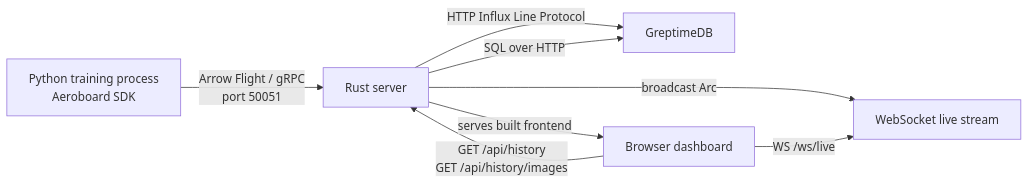
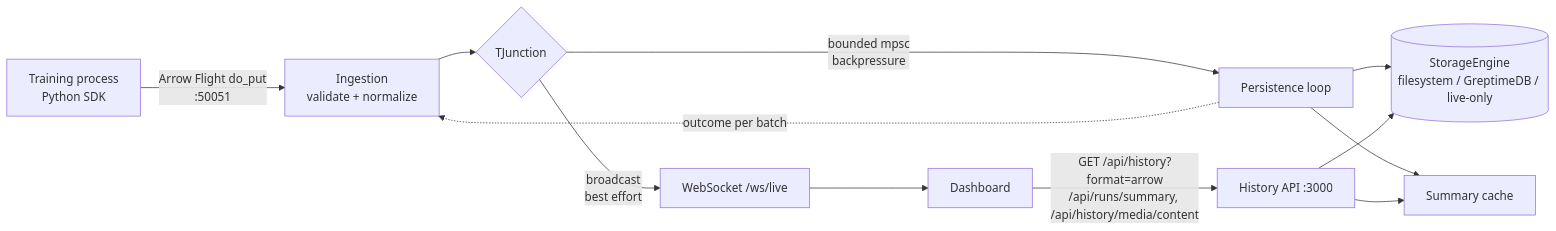
One commit to cvoscode/aeroboard changed the diagram in ARCHITECTURE.md. Above: the diagram before and after it, drawn with Mermaid. The commit also changed other lines of this file and 129 other files, not shown here.

````diff
--- a/ARCHITECTURE.md
+++ b/ARCHITECTURE.md
@@ -31,10 +24,14 @@
 ```mermaid
 flowchart LR
-    P[Python training process\nAeroboard SDK] -->|Arrow Flight / gRPC\nport 50051| S[Rust server]
-    S -->|broadcast Arc<RecordBatch>| W[WebSocket live stream]
-    S -->|HTTP Influx Line Protocol| G[GreptimeDB]
-    B[Browser dashboard] -->|GET /api/history\nGET /api/history/images| S
-    B -->|WS /ws/live| W
-    S -->|SQL over HTTP| G
-    S -->|serves built frontend| B
+    P[Training process<br/>Python SDK] -->|Arrow Flight do_put<br/>:50051| I[Ingestion<br/>validate + normalize]
+    I --> T{TJunction}
+    T -->|bounded mpsc<br/>backpressure| PL[Persistence loop]
+    PL --> S[(StorageEngine<br/>filesystem / GreptimeDB / live-only)]
+    PL -.->|outcome per batch| I
+    PL --> SC[Summary cache]
+    T -->|broadcast<br/>best effort| WS[WebSocket /ws/live]
+    B[Dashboard] -->|GET /api/history?format=arrow<br/>/api/runs/summary, /api/history/media/content| H[History API :3000]
+    H --> S
+    H --> SC
+    WS --> B
 ```
````
